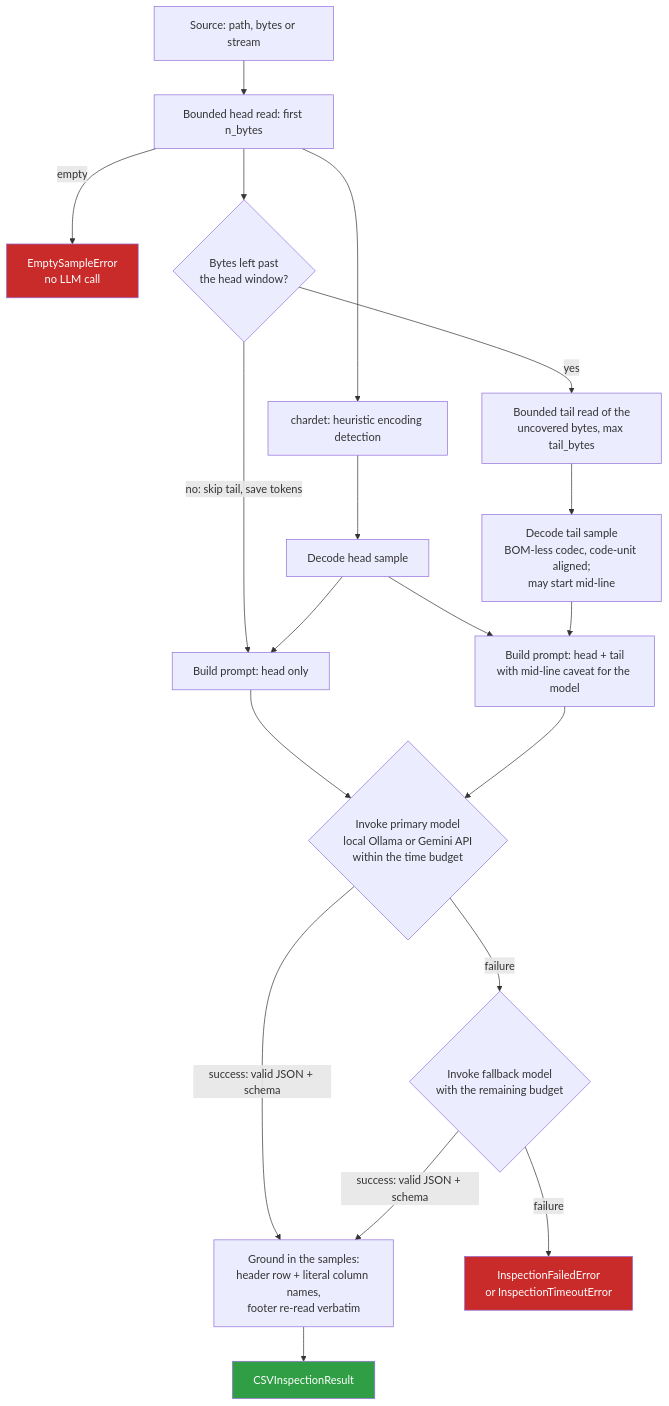
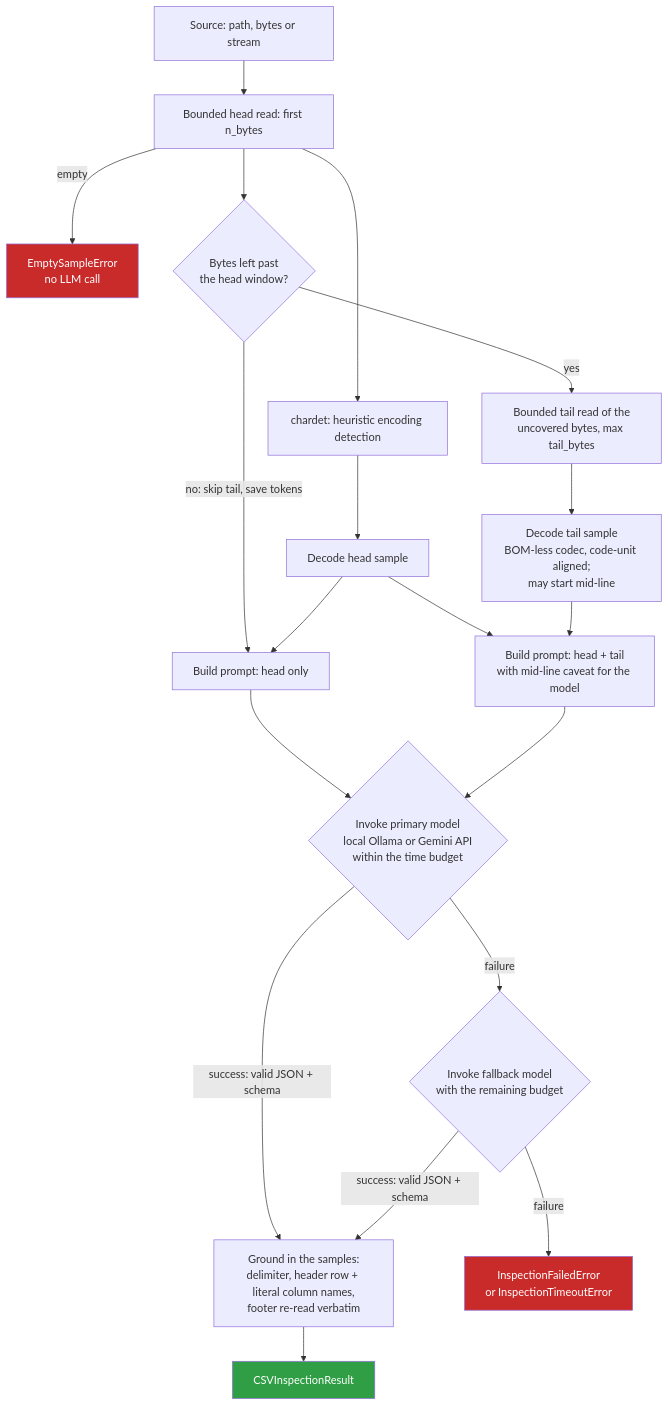
Before and after one commit to deluispablo/data-agent-toolkit: the diagram in agents/csv_inspector/README.md, drawn with Mermaid. The commit also changed other lines of this file and 4 other files, not shown here.

First line of the commit message:
Ground the csv_inspector delimiter and drop unanchored footers

````diff
--- a/agents/csv_inspector/README.md
+++ b/agents/csv_inspector/README.md
@@ -132,25 +132,25 @@
 ```mermaid
 flowchart TD
     A[Source: path, bytes or stream] --> B[Bounded head read: first n_bytes]
     B -->|empty| X[EmptySampleError<br/>no LLM call]
     B --> C[chardet: heuristic encoding detection]
     C --> D[Decode head sample]
     B --> COND{Bytes left past<br/>the head window?}
     COND -->|no: skip tail, save tokens| E1[Build prompt: head only]
     COND -->|yes| T[Bounded tail read of the<br/>uncovered bytes, max tail_bytes]
     T --> T2[Decode tail sample<br/>BOM-less codec, code-unit aligned;<br/>may start mid-line]
     D --> E1
     D --> E2[Build prompt: head + tail<br/>with mid-line caveat for the model]
     T2 --> E2
     E1 --> F{Invoke primary model<br/>local Ollama or Gemini API<br/>within the time budget}
     E2 --> F
-    F -->|success: valid JSON + schema| GR[Ground in the samples:<br/>header row + literal column names,<br/>footer re-read verbatim]
+    F -->|success: valid JSON + schema| GR[Ground in the samples:<br/>delimiter, header row + literal column names,<br/>footer re-read verbatim]
     F -->|failure| G{Invoke fallback model<br/>with the remaining budget}
     G -->|success: valid JSON + schema| GR
     G -->|failure| H[InspectionFailedError<br/>or InspectionTimeoutError]
     GR --> L[CSVInspectionResult]
 
     style L fill:#2f9e44,color:#fff
     style H fill:#c92a2a,color:#fff
     style X fill:#c92a2a,color:#fff
 ```
````
